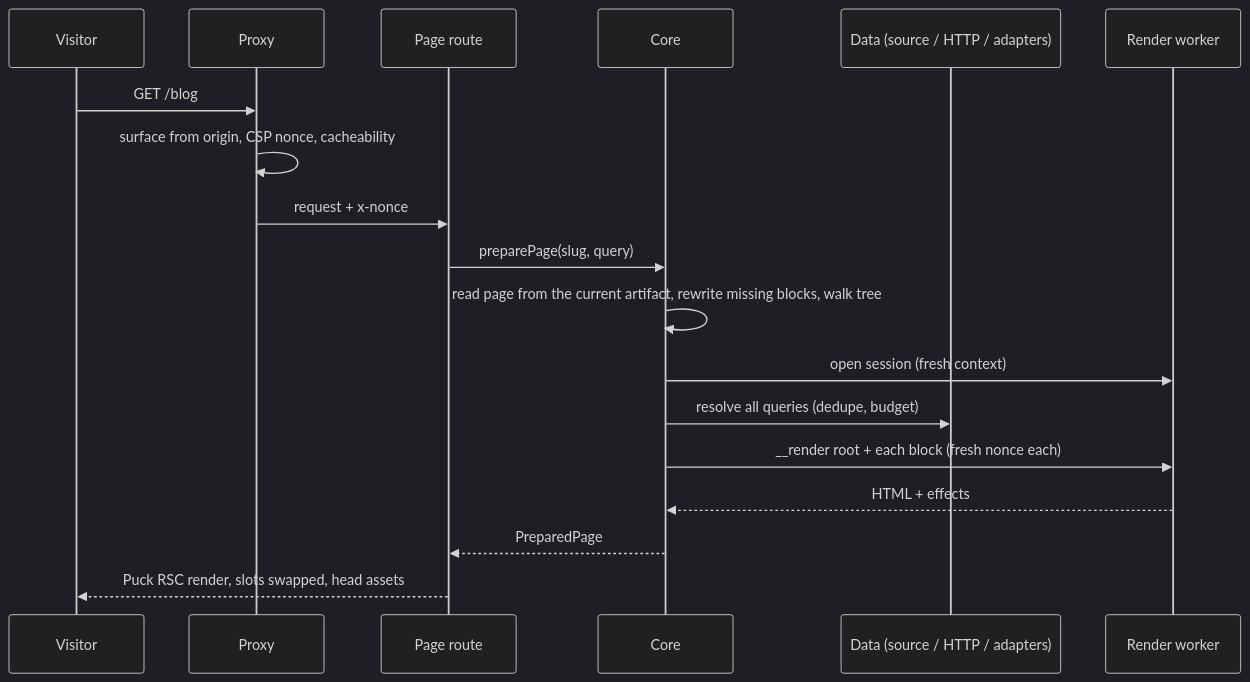
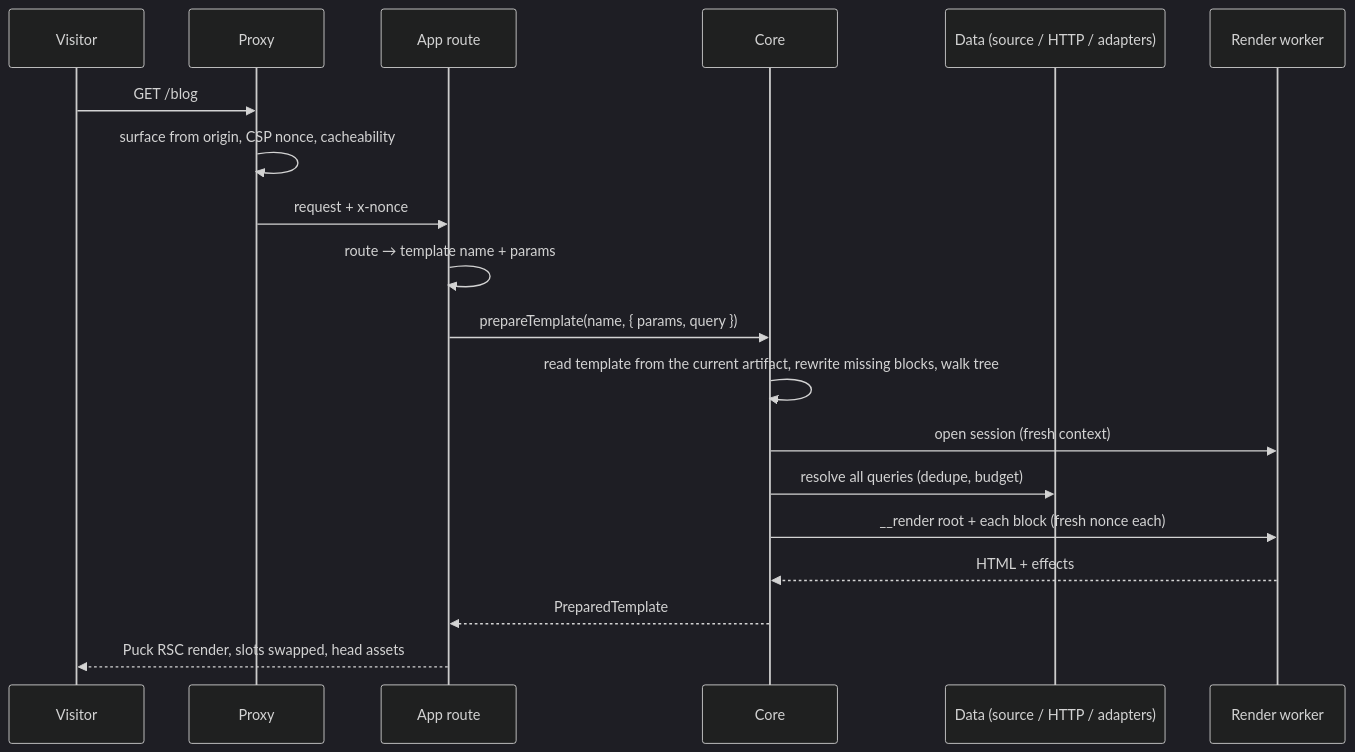
Before and after one commit to 0ctanium/puckremote: the diagram in apps/docs/content/docs/internal/architecture/public-request.mdx, drawn with Mermaid (dark theme). The commit also changed other lines of this file and 100 other files, not shown here.

````diff
--- a/apps/docs/content/docs/internal/architecture/public-request.mdx
+++ b/apps/docs/content/docs/internal/architecture/public-request.mdx
@@ -6,20 +6,21 @@
 ```mermaid
 sequenceDiagram
   participant V as Visitor
   participant P as Proxy
-  participant R as Page route
+  participant R as App route
   participant C as Core
   participant D as Data (source / HTTP / adapters)
   participant W as Render worker
   V->>P: GET /blog
   P->>P: surface from origin, CSP nonce, cacheability
   P->>R: request + x-nonce
-  R->>C: preparePage(slug, query)
-  C->>C: read page from the current artifact, rewrite missing blocks, walk tree
+  R->>R: route → template name + params
+  R->>C: prepareTemplate(name, { params, query })
+  C->>C: read template from the current artifact, rewrite missing blocks, walk tree
   C->>W: open session (fresh context)
   C->>D: resolve all queries (dedupe, budget)
   C->>W: __render root + each block (fresh nonce each)
   W-->>C: HTML + effects
-  C-->>R: PreparedPage
+  C-->>R: PreparedTemplate
   R-->>V: Puck RSC render, slots swapped, head assets
 ```
````
